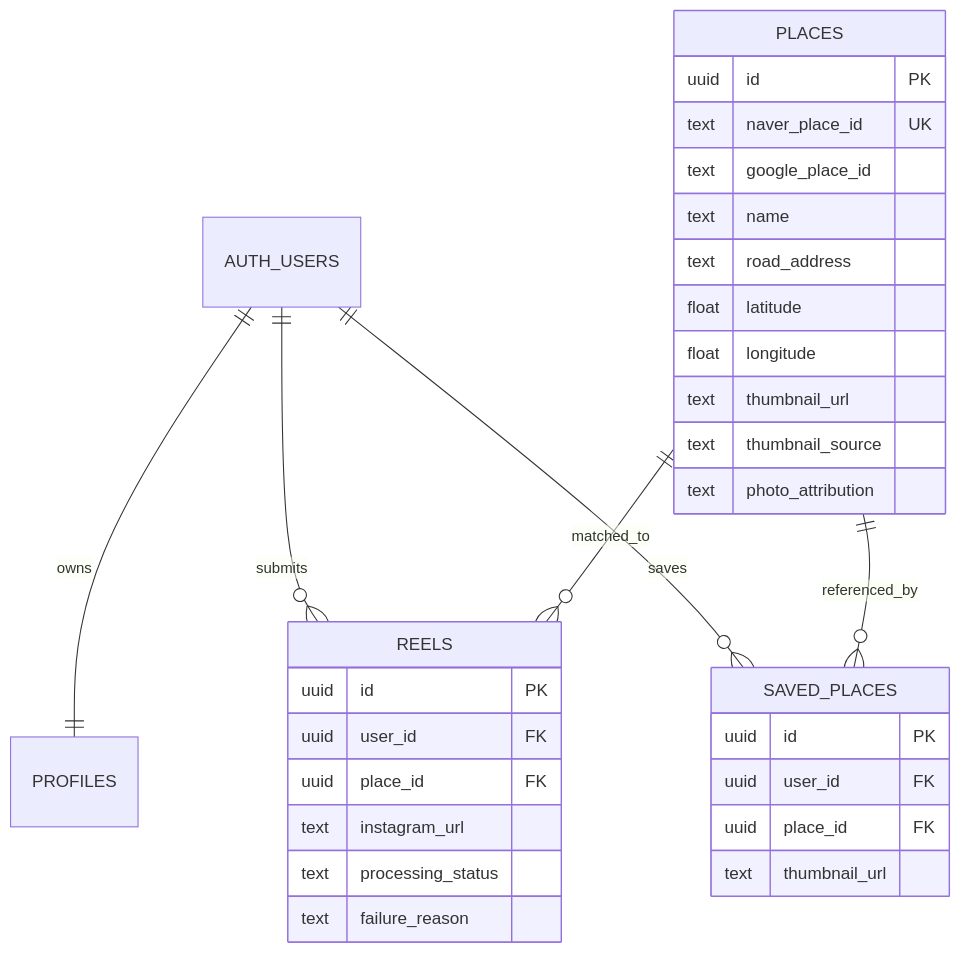
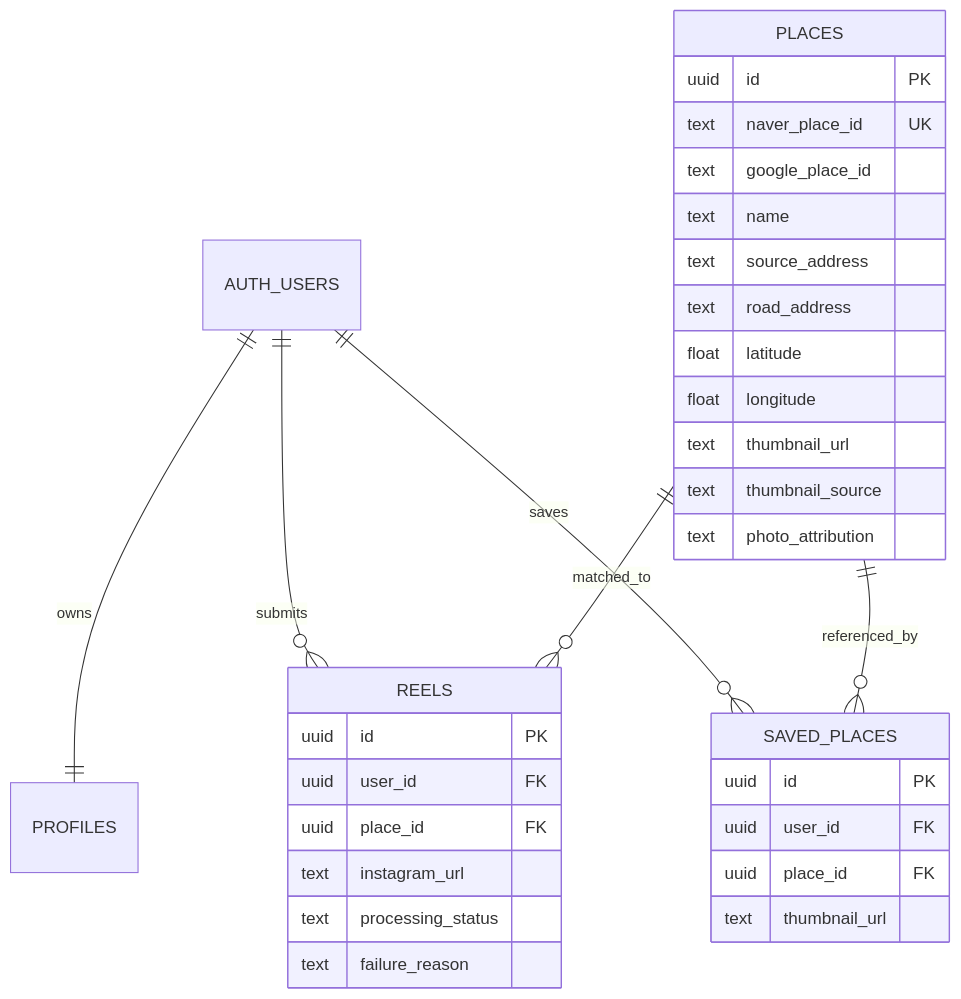
Before and after one commit to Jiihyun/yeogidam: the second of 2 diagrams in docs/architecture.md, drawn with Mermaid. The commit also changed other lines of this file and 11 other files, not shown here.

````diff
--- a/docs/architecture.md
+++ b/docs/architecture.md
@@ -72,35 +72,36 @@
 ```mermaid
 erDiagram
     AUTH_USERS ||--|| PROFILES : owns
     AUTH_USERS ||--o{ REELS : submits
     AUTH_USERS ||--o{ SAVED_PLACES : saves
     PLACES ||--o{ REELS : matched_to
     PLACES ||--o{ SAVED_PLACES : referenced_by
 
     PLACES {
       uuid id PK
       text naver_place_id UK
       text google_place_id
       text name
+      text source_address
       text road_address
       float latitude
       float longitude
       text thumbnail_url
       text thumbnail_source
       text photo_attribution
     }
     REELS {
       uuid id PK
       uuid user_id FK
       uuid place_id FK
       text instagram_url
       text processing_status
       text failure_reason
     }
     SAVED_PLACES {
       uuid id PK
       uuid user_id FK
       uuid place_id FK
       text thumbnail_url
     }
 ```
````
